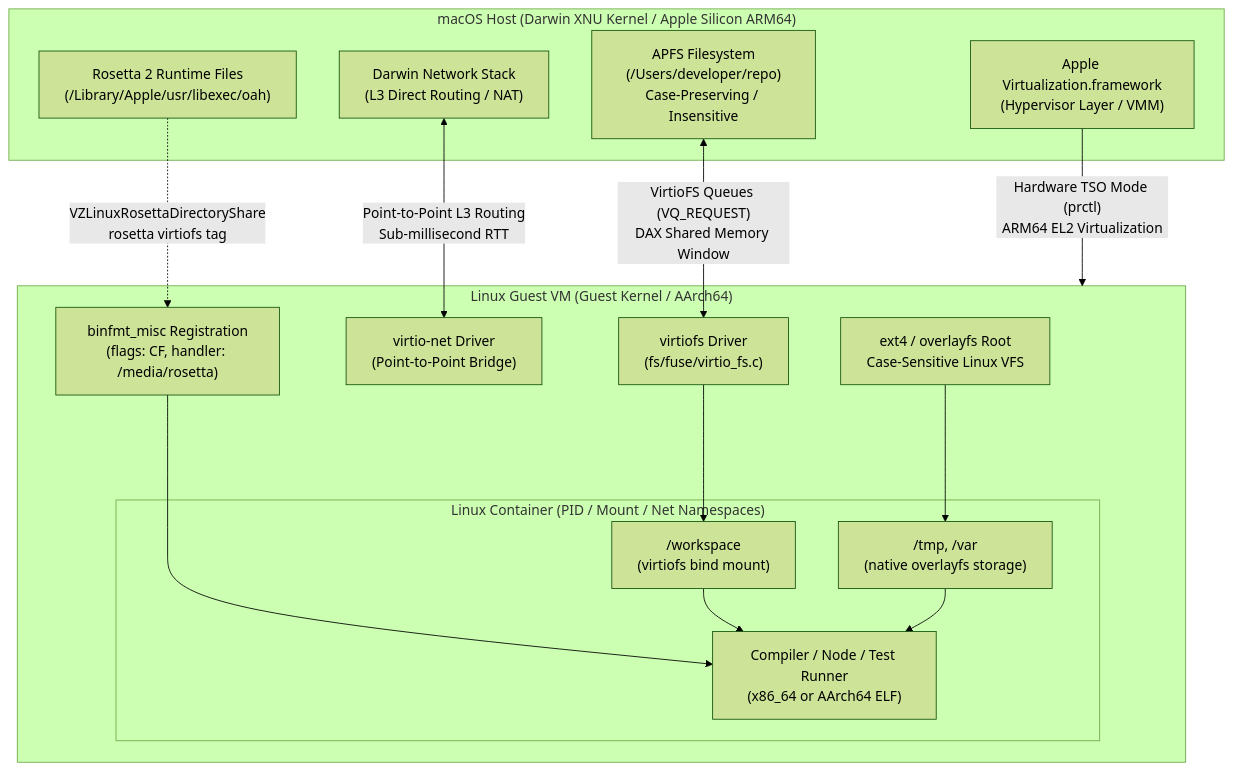
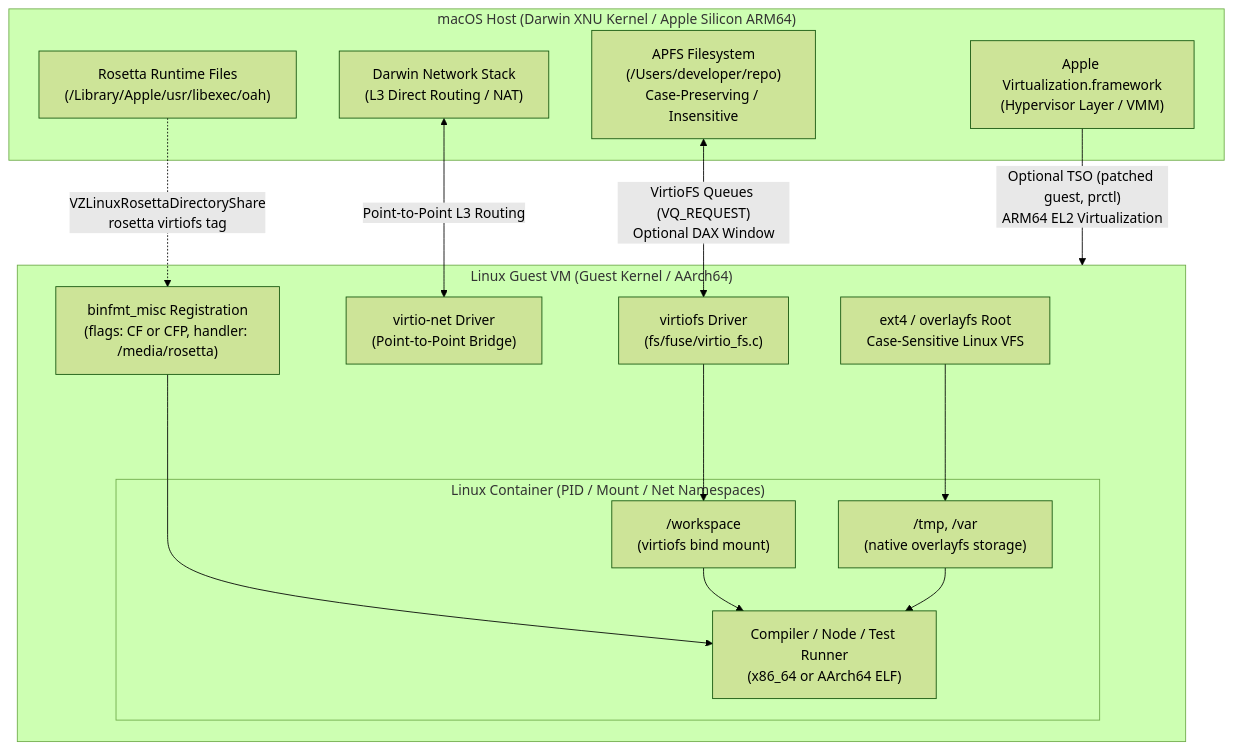
One commit to shreejitverma/The-Distinguished-Engineer changed the diagram in 18-Developer-Toolchain/01-Command-Line/Containers-and-VMs-for-macOS-Development.md. Above: the diagram before and after it, drawn with Mermaid (forest theme). The commit also changed other lines of this file and 4 other files, not shown here.

````diff
--- a/18-Developer-Toolchain/01-Command-Line/Containers-and-VMs-for-macOS-Development.md
+++ b/18-Developer-Toolchain/01-Command-Line/Containers-and-VMs-for-macOS-Development.md
@@ -27,32 +48,32 @@
 ```mermaid
 flowchart TD
     subgraph HOST["macOS Host (Darwin XNU Kernel / Apple Silicon ARM64)"]
         APFS["APFS Filesystem<br/>(/Users/developer/repo)<br/>Case-Preserving / Insensitive"]
         VZ["Apple Virtualization.framework<br/>(Hypervisor Layer / VMM)"]
-        ROSETTA_DIR["Rosetta 2 Runtime Files<br/>(/Library/Apple/usr/libexec/oah)"]
+        ROSETTA_DIR["Rosetta Runtime Files<br/>(/Library/Apple/usr/libexec/oah)"]
         DARWIN_NET["Darwin Network Stack<br/>(L3 Direct Routing / NAT)"]
     end
 
     subgraph VM["Linux Guest VM (Guest Kernel / AArch64)"]
         VIRTIOFS_DRV["virtiofs Driver<br/>(fs/fuse/virtio_fs.c)"]
         VIRTIO_NET["virtio-net Driver<br/>(Point-to-Point Bridge)"]
-        BINFMT["binfmt_misc Registration<br/>(flags: CF, handler: /media/rosetta)"]
+        BINFMT["binfmt_misc Registration<br/>(flags: CF or CFP, handler: /media/rosetta)"]
         OVERLAY["ext4 / overlayfs Root<br/>Case-Sensitive Linux VFS"]
         
         subgraph CONTAINER["Linux Container (PID / Mount / Net Namespaces)"]
             APP["Compiler / Node / Test Runner<br/>(x86_64 or AArch64 ELF)"]
             MOUNT_HOST["/workspace<br/>(virtiofs bind mount)"]
             MOUNT_ROOT["/tmp, /var<br/>(native overlayfs storage)"]
         end
     end
 
-    APFS <-->|"VirtioFS Queues (VQ_REQUEST)<br/>DAX Shared Memory Window"| VIRTIOFS_DRV
+    APFS <-->|"VirtioFS Queues (VQ_REQUEST)<br/>Optional DAX Window"| VIRTIOFS_DRV
     ROSETTA_DIR -.->|"VZLinuxRosettaDirectoryShare<br/>rosetta virtiofs tag"| BINFMT
-    DARWIN_NET <-->|"Point-to-Point L3 Routing<br/>Sub-millisecond RTT"| VIRTIO_NET
-    VZ -->|"Hardware TSO Mode (prctl)<br/>ARM64 EL2 Virtualization"| VM
+    DARWIN_NET <-->|"Point-to-Point L3 Routing"| VIRTIO_NET
+    VZ -->|"Optional TSO (patched guest, prctl)<br/>ARM64 EL2 Virtualization"| VM
     VIRTIOFS_DRV --> MOUNT_HOST
     OVERLAY --> MOUNT_ROOT
     BINFMT --> APP
     MOUNT_HOST --> APP
     MOUNT_ROOT --> APP
 ```
````
